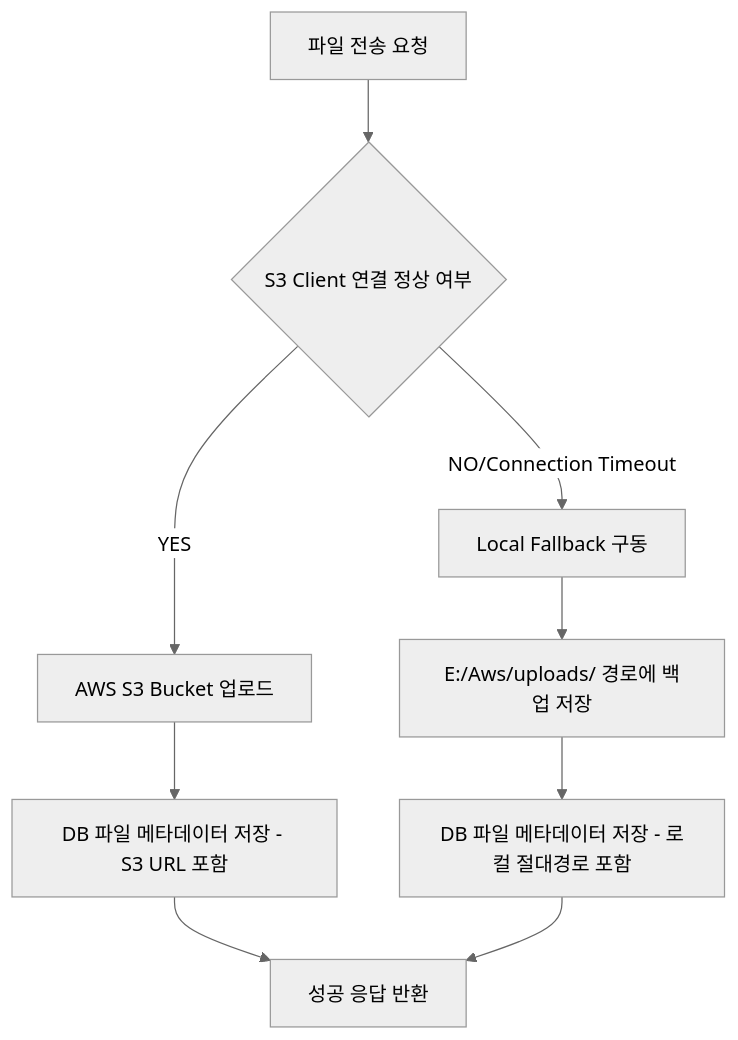
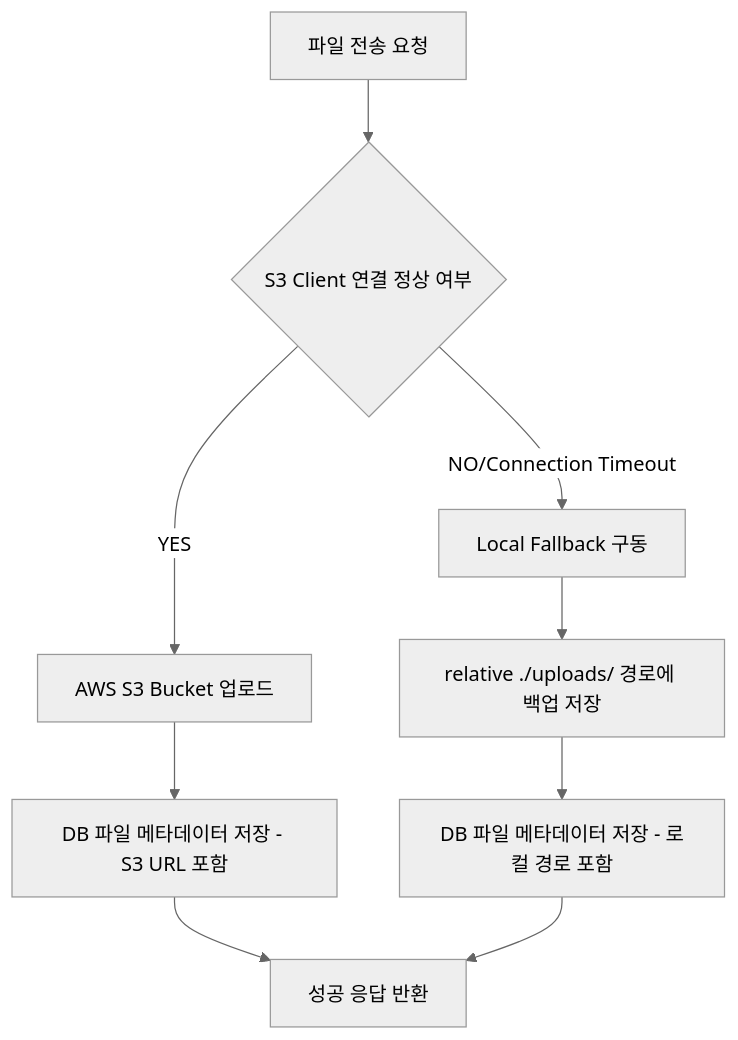
Before and after one commit to yun-dev-cmd/bizflow-ops-platform: the third of 3 diagrams in docs/architecture.md, drawn with Mermaid (neutral theme). The commit also changed other lines of this file and 3 other files, not shown here.

````diff
--- a/docs/architecture.md
+++ b/docs/architecture.md
@@ -119,13 +124,13 @@
 ```mermaid
 graph TD
     UploadReq[파일 전송 요청] --> CheckS3{S3 Client 연결 정상 여부}
     CheckS3 -->|YES| S3Upload[AWS S3 Bucket 업로드]
     S3Upload --> SaveDB1[DB 파일 메타데이터 저장 - S3 URL 포함]
     
     CheckS3 -->|NO/Connection Timeout| Fallback[Local Fallback 구동]
-    Fallback --> LocalUpload[E:/Aws/uploads/ 경로에 백업 저장]
-    LocalUpload --> SaveDB2[DB 파일 메타데이터 저장 - 로컬 절대경로 포함]
+    Fallback --> LocalUpload[relative ./uploads/ 경로에 백업 저장]
+    LocalUpload --> SaveDB2[DB 파일 메타데이터 저장 - 로컬 경로 포함]
     
     SaveDB1 --> Return[성공 응답 반환]
     SaveDB2 --> Return
 ```
````
